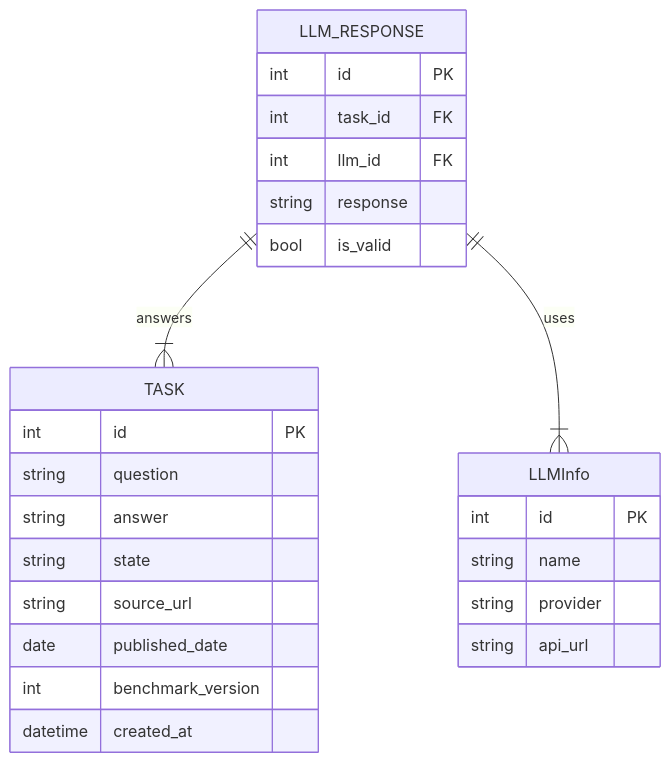
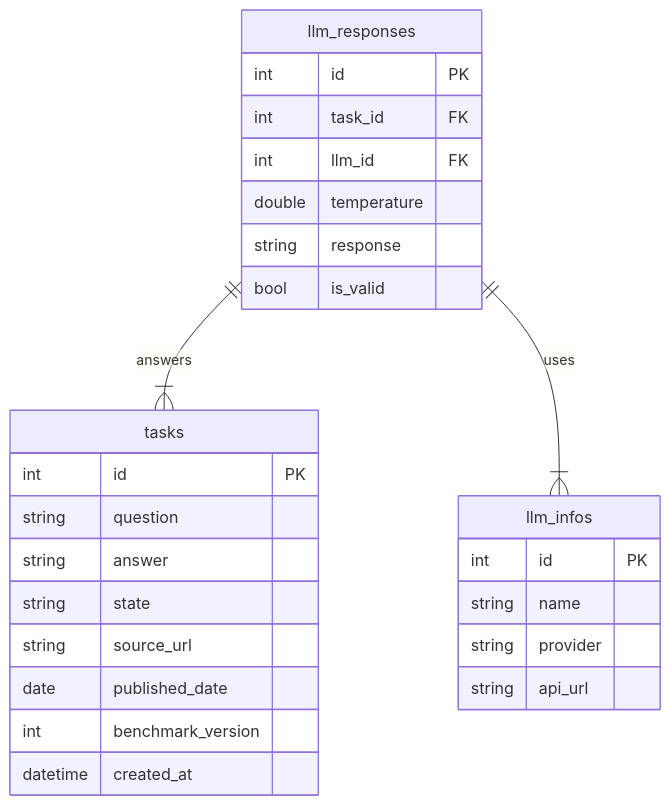
Before and after one commit to ruslann19/llm_benchmark: the diagram in docs/db_relations.md, drawn with Mermaid. The commit also changed 3 other files, not shown here.

````diff
--- a/docs/db_relations.md
+++ b/docs/db_relations.md
@@ -3,28 +3,29 @@
 ```mermaid
 erDiagram
-    LLM_RESPONSE ||--|{ TASK : "answers"
-    LLM_RESPONSE ||--|{ LLMInfo : "uses"
-    TASK {
+    llm_responses ||--|{ tasks : "answers"
+    llm_responses ||--|{ llm_infos : "uses"
+    tasks {
         int id PK
         string question
         string answer
         string state
         string source_url
         date published_date
         int benchmark_version
         datetime created_at
     }
-    LLM_RESPONSE {
+    llm_responses {
         int id PK
         int task_id FK
         int llm_id FK
+        double temperature
         string response
         bool is_valid
     }
-    LLMInfo {
+    llm_infos {
         int id PK
         string name
         string provider
         string api_url
     }
 ```
````
